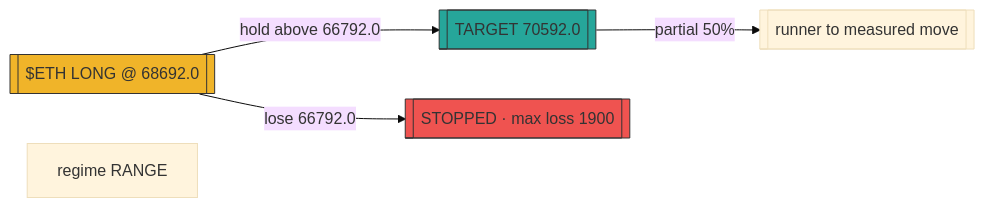
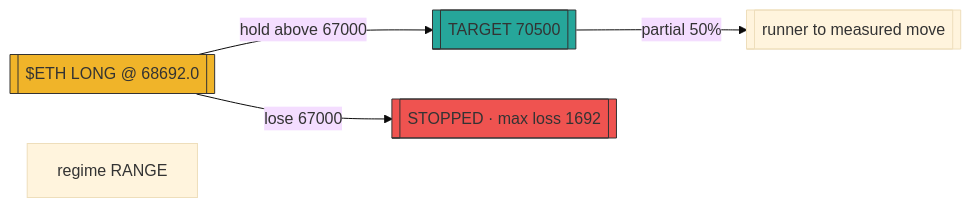
Before and after one commit to prx0r/BEAR: the diagram in astronomer/data/proveout_posts_Timeless_Crypto/2022337485959836045.mmd, drawn with Mermaid (base theme). The commit also changed 2030 other files, not shown here.

```diff
--- a/astronomer/data/proveout_posts_Timeless_Crypto/2022337485959836045.mmd
+++ b/astronomer/data/proveout_posts_Timeless_Crypto/2022337485959836045.mmd
@@ -1,9 +1,9 @@
 flowchart LR
     sig[["$ETH LONG @ 68692.0"]]
-    sig -->|"hold above 66792.0"| tgt[["TARGET 70592.0"]]
-    sig -->|"lose 66792.0"| stp[["STOPPED · max loss 1900"]]
+    sig -->|"hold above 67000"| tgt[["TARGET 70500"]]
+    sig -->|"lose 67000"| stp[["STOPPED · max loss 1692"]]
     tgt -->|"partial 50%"| t2[["runner to measured move"]]
     style sig fill:#f0b429,stroke:#333
     style tgt fill:#26a69a,stroke:#333
     style stp fill:#ef5350,stroke:#333
     sub["regime RANGE" ]
```
